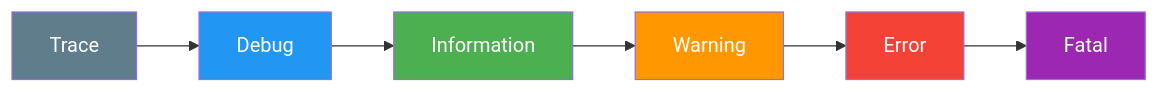
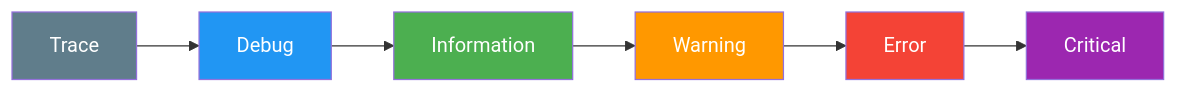
Before and after one commit to joseluisgs/DesarrolloWebEntornosServidor-02-2026-2027: the second of 2 diagrams in 09-configuracion-logging.md, drawn with Mermaid. The commit also changed other lines of this file and 33 other files, not shown here.

````diff
--- a/09-configuracion-logging.md
+++ b/09-configuracion-logging.md
@@ -245,14 +249,14 @@
 ```mermaid
 flowchart LR
     T["Trace"] --> D["Debug"]
     D --> I["Information"]
     I --> W["Warning"]
     W --> E["Error"]
-    E --> F["Fatal"]
+    E --> F["Critical"]
     style T fill:#607D8B,color:#fff
     style D fill:#2196F3,color:#fff
     style I fill:#4CAF50,color:#fff
     style W fill:#FF9800,color:#fff
     style E fill:#f44336,color:#fff
     style F fill:#9C27B0,color:#fff
 ```
````
